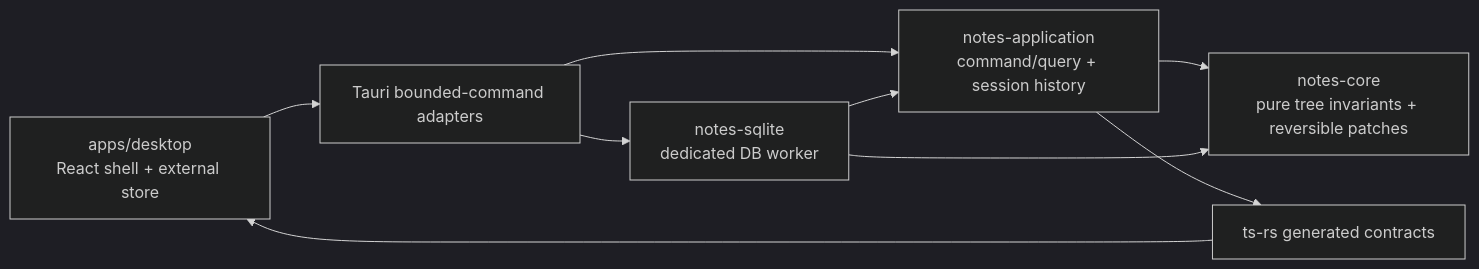
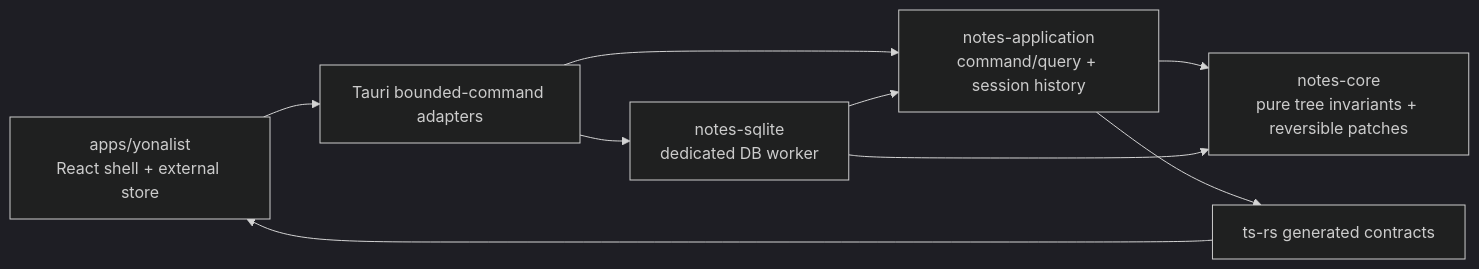
The first of 3 diagrams in docs/v2/architecture.md (doortts/yonalist), drawn with Mermaid (dark theme) before and after one commit. The commit also changed other lines of this file and 895 other files, not shown here.

First line of the commit message:
refactor: rename apps/desktop to apps/yonalist

````diff
--- a/docs/v2/architecture.md
+++ b/docs/v2/architecture.md
@@ -5,11 +5,11 @@
 ```mermaid
 flowchart LR
-  UI["apps/desktop\nReact shell + external store"] --> IPC["Tauri bounded-command adapters"]
+  UI["apps/yonalist\nReact shell + external store"] --> IPC["Tauri bounded-command adapters"]
   IPC --> APP["notes-application\ncommand/query + session history"]
   APP --> CORE["notes-core\npure tree invariants + reversible patches"]
   IPC --> SQLITE["notes-sqlite\ndedicated DB worker"]
   SQLITE --> APP
   SQLITE --> CORE
   CONTRACTS["ts-rs generated contracts"] --> UI
   APP --> CONTRACTS
 ```
````
